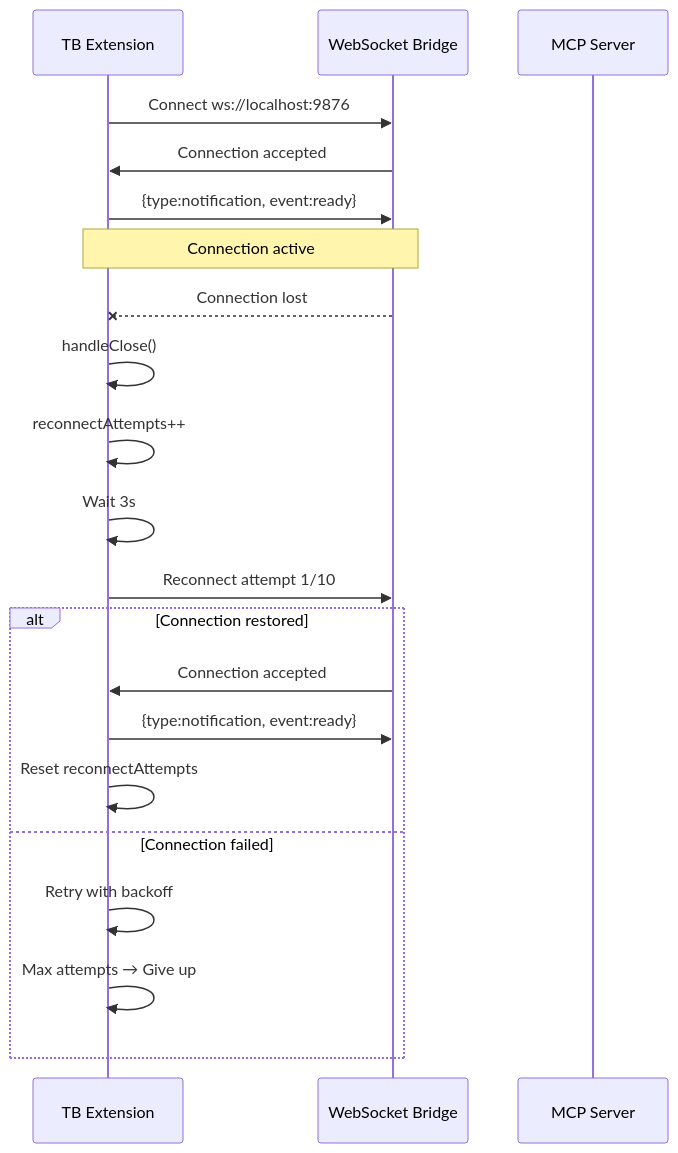
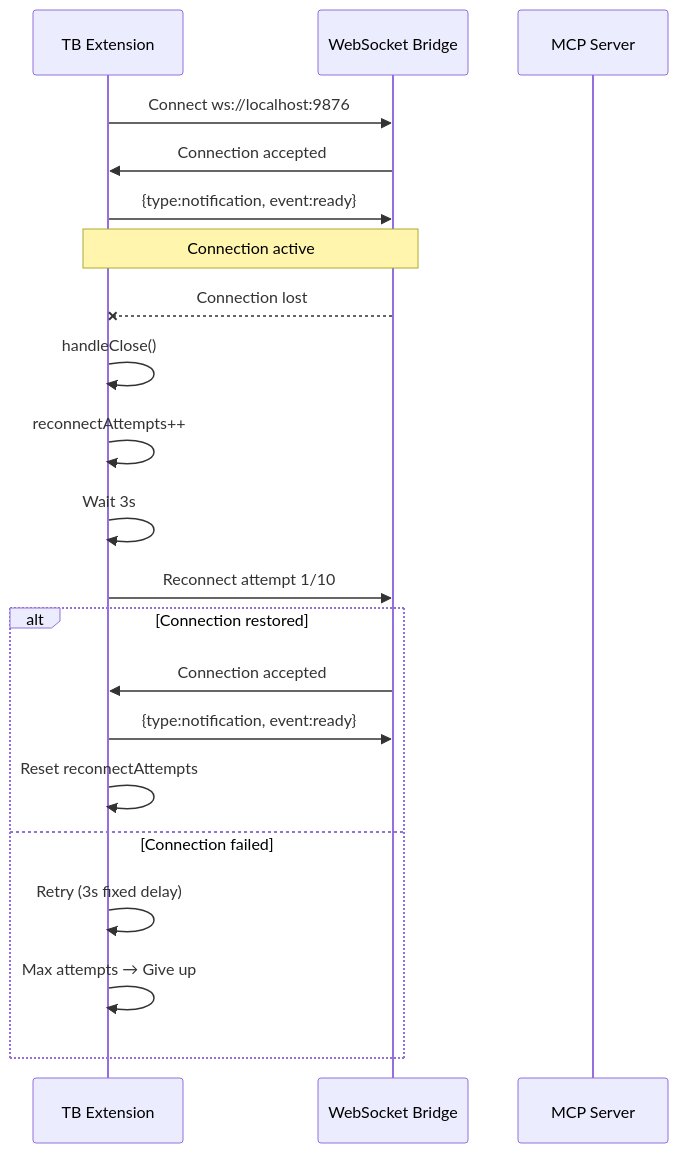
The third of 5 diagrams in docs/architecture/overview.md (assistance-micro-design/zileo-mcp-thunderbird), drawn with Mermaid before and after one commit. The commit also changed other lines of this file and 7 other files, not shown here.

````diff
--- a/docs/architecture/overview.md
+++ b/docs/architecture/overview.md
@@ -243,27 +246,27 @@
 ```mermaid
 sequenceDiagram
     participant Extension as TB Extension
     participant Bridge as WebSocket Bridge
     participant Server as MCP Server
 
     Extension->>Bridge: Connect ws://localhost:9876
     Bridge->>Extension: Connection accepted
     Extension->>Bridge: {type:notification, event:ready}
 
     Note over Extension,Bridge: Connection active
 
     Bridge--xExtension: Connection lost
     Extension->>Extension: handleClose()
     Extension->>Extension: reconnectAttempts++
     Extension->>Extension: Wait 3s
     Extension->>Bridge: Reconnect attempt 1/10
 
     alt Connection restored
         Bridge->>Extension: Connection accepted
         Extension->>Bridge: {type:notification, event:ready}
         Extension->>Extension: Reset reconnectAttempts
     else Connection failed
-        Extension->>Extension: Retry with backoff
+        Extension->>Extension: Retry (3s fixed delay)
         Extension->>Extension: Max attempts → Give up
     end
 ```
````
